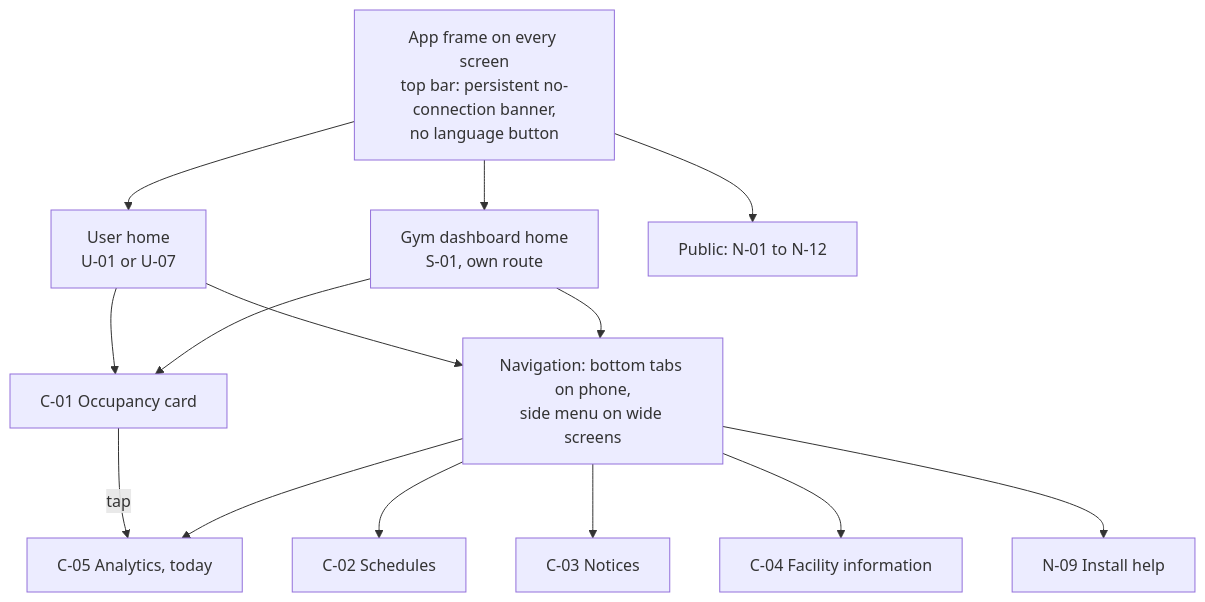
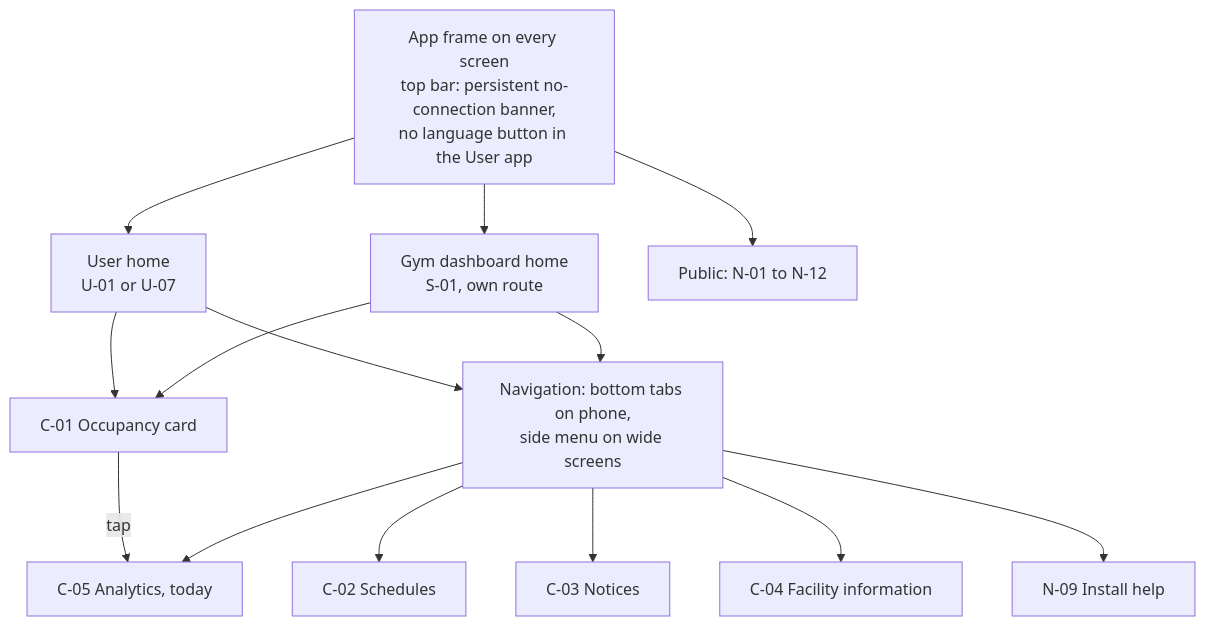
One commit to Th3-Minorities/natatorio-gym-app changed the sixth of 7 diagrams in docs/design/screen-map.md. Above: the diagram before and after it, drawn with Mermaid. The commit also changed other lines of this file and 7 other files, not shown here.

````diff
--- a/docs/design/screen-map.md
+++ b/docs/design/screen-map.md
@@ -196,17 +198,17 @@
 ```mermaid
 flowchart TD
-  FRAME["App frame on every screen<br/>top bar: persistent no-connection banner,<br/>no language button"]
+  FRAME["App frame on every screen<br/>top bar: persistent no-connection banner,<br/>no language button in the User app"]
   FRAME --> HU["User home<br/>U-01 or U-07"]
   FRAME --> HS["Gym dashboard home<br/>S-01, own route"]
   FRAME --> HP["Public: N-01 to N-12"]
   HU --> C01["C-01 Occupancy card"]
   HS --> C01
   C01 -->|"tap"| C05["C-05 Analytics, today"]
   HU --> NAV["Navigation: bottom tabs on phone,<br/>side menu on wide screens"]
   HS --> NAV
   NAV --> C02["C-02 Schedules"]
   NAV --> C03["C-03 Notices"]
   NAV --> C04["C-04 Facility information"]
   NAV --> C05
   NAV --> N09["N-09 Install help"]
 ```
````
